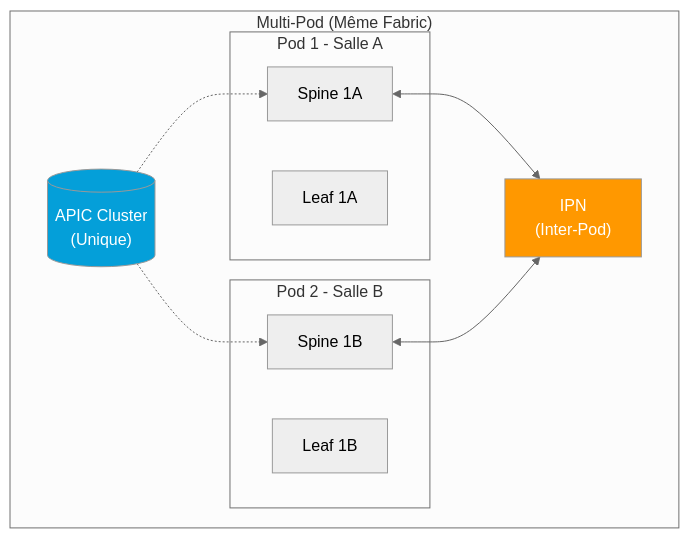
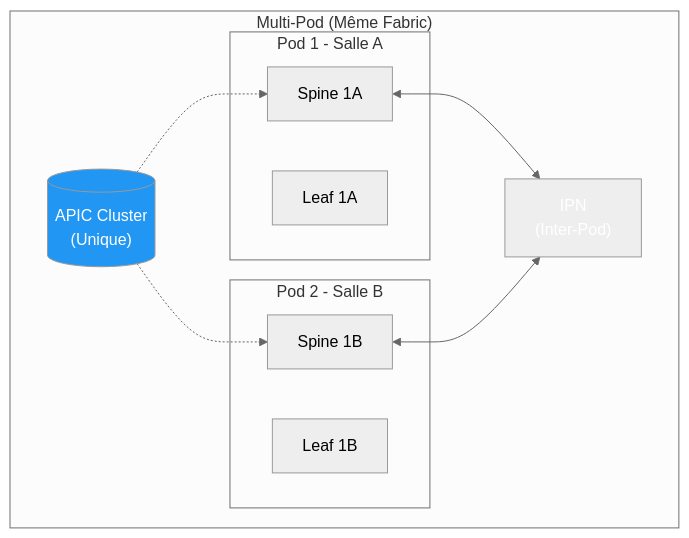
One commit to VBlackJack/ShellBook changed the first of 5 diagrams in docs/formations/terraform-aci/09-module.md. Above: the diagram before and after it, drawn with Mermaid (neutral theme). The commit also changed other lines of this file and 337 other files, not shown here.

First line of the commit message:
refactor(docs): Standardize code blocks and Mermaid colors

````diff
--- a/docs/formations/terraform-aci/09-module.md
+++ b/docs/formations/terraform-aci/09-module.md
@@ -33,27 +33,27 @@
 ```mermaid
 graph TB
     subgraph "Multi-Pod (Même Fabric)"
         APIC1[("APIC Cluster<br/>(Unique)")]
 
         subgraph "Pod 1 - Salle A"
             SP1A[Spine 1A]
             LF1A[Leaf 1A]
         end
 
         subgraph "Pod 2 - Salle B"
             SP1B[Spine 1B]
             LF1B[Leaf 1B]
         end
 
         IPN["IPN<br/>(Inter-Pod)"]
 
         SP1A <--> IPN
         SP1B <--> IPN
 
         APIC1 -.-> SP1A
         APIC1 -.-> SP1B
     end
 
-    style APIC1 fill:#049fd9,color:#fff
-    style IPN fill:#ff9800,color:#fff
+    style APIC1 fill:#2196F3,color:#fff
+    style IPN fill:#FF9800800800,color:#fff
 ```
````
